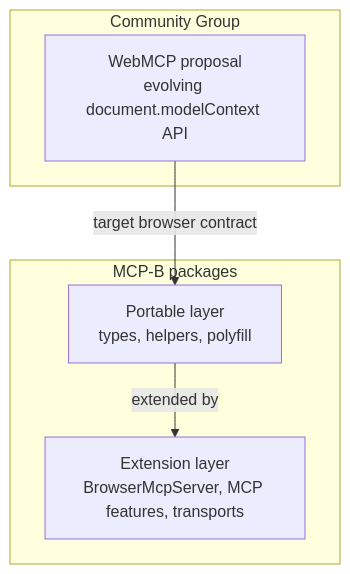
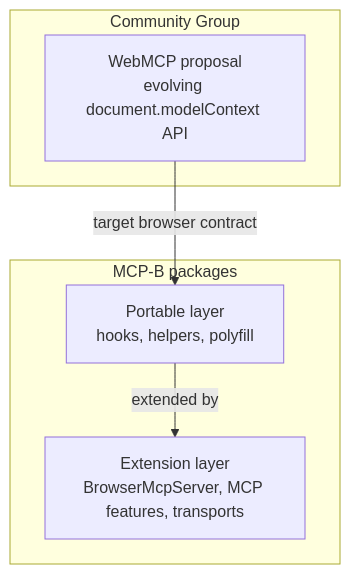
One commit to WebMCP-org/npm-packages changed the first of 2 diagrams in apps/documentation-website/explanation/strict-core-vs-mcp-b-extensions.mdx. Above: the diagram before and after it, drawn with Mermaid. The commit also changed other lines of this file and 59 other files, not shown here.

First line of the commit message:
feat(usewebmcp)!: adopt upstream WebMCP types for React hooks

````diff
--- a/apps/documentation-website/explanation/strict-core-vs-mcp-b-extensions.mdx
+++ b/apps/documentation-website/explanation/strict-core-vs-mcp-b-extensions.mdx
@@ -20,14 +20,14 @@
 ```mermaid
 flowchart TB
   subgraph Upstream["Community Group"]
     Proposal["WebMCP proposal<br/>evolving document.modelContext API"]
   end
 
   subgraph Project["MCP-B packages"]
-    Portable["Portable layer<br/>types, helpers, polyfill"]
+    Portable["Portable layer<br/>hooks, helpers, polyfill"]
     Extensions["Extension layer<br/>BrowserMcpServer, MCP features, transports"]
     Portable -->|"extended by"| Extensions
   end
 
   Proposal -->|"target browser contract"| Portable
 ```
````
